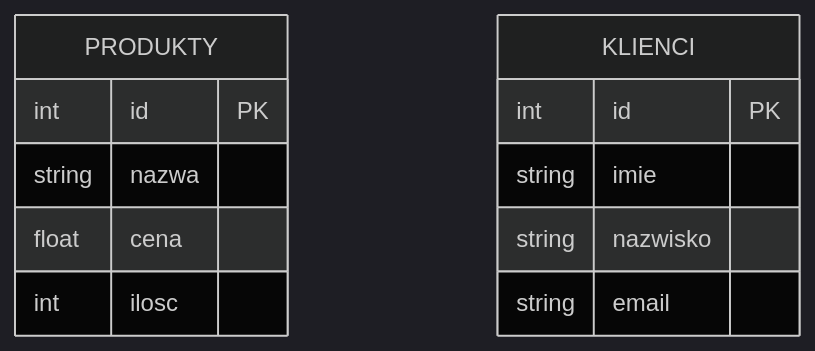
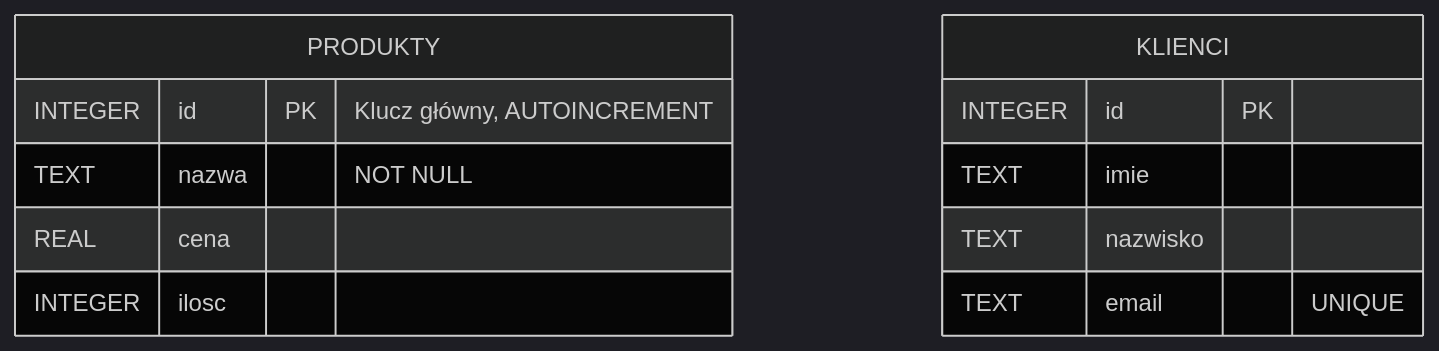
One commit to zacniewski/materials-about-databases changed the diagram in labs/lab01_sql_basics_1.md. Above: the diagram before and after it, drawn with Mermaid (dark theme). The commit also changed other lines of this file, not shown here.

````diff
--- a/labs/lab01_sql_basics_1.md
+++ b/labs/lab01_sql_basics_1.md
@@ -23,15 +50,15 @@
 ```mermaid
 erDiagram
     PRODUKTY {
-        int id PK
-        string nazwa
-        float cena
-        int ilosc
+        INTEGER id PK "Klucz główny, AUTOINCREMENT"
+        TEXT nazwa "NOT NULL"
+        REAL cena
+        INTEGER ilosc
     }
     KLIENCI {
-        int id PK
-        string imie
-        string nazwisko
-        string email
+        INTEGER id PK
+        TEXT imie
+        TEXT nazwisko
+        TEXT email "UNIQUE"
     }
 ```
````
